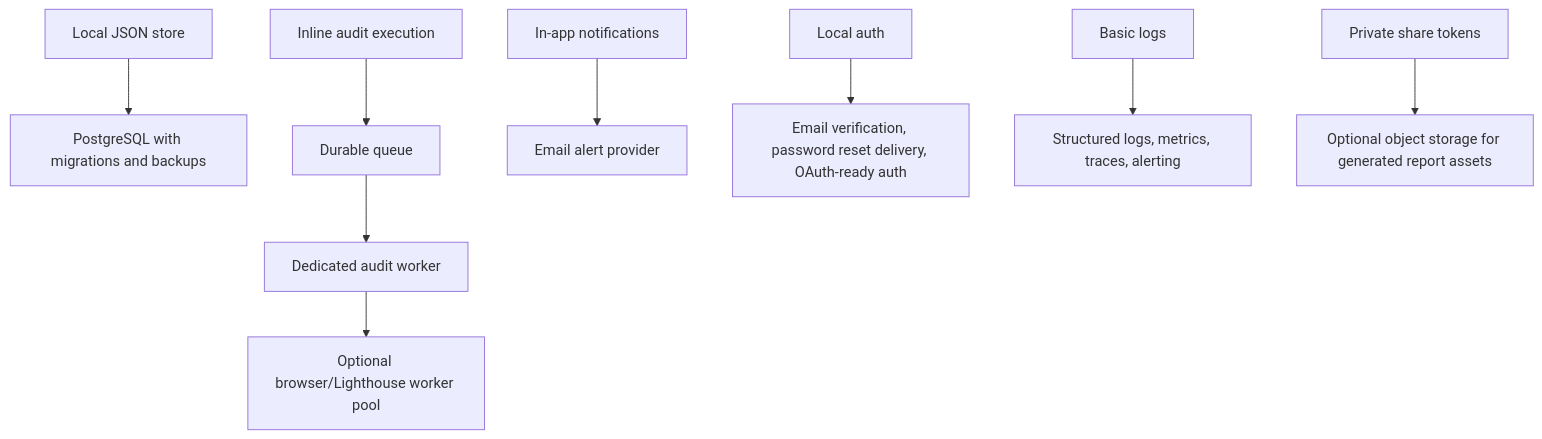
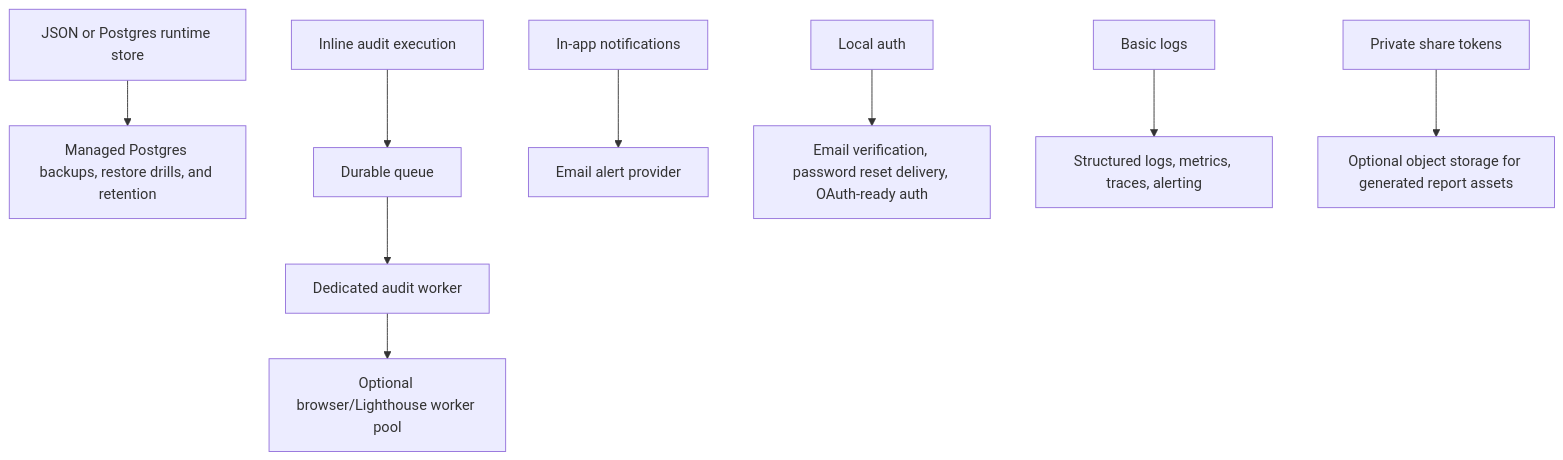
Before and after one commit to sayuru-akash/web-audit-mcp: the third of 3 diagrams in README.md, drawn with Mermaid. The commit also changed other lines of this file and 38 other files, not shown here.

Commit message:
Add Postgres runtime support and polish docs

````diff
--- a/README.md
+++ b/README.md
@@ -494,11 +523,11 @@
 ```mermaid
 flowchart TD
-  Json["Local JSON store"] --> Postgres["PostgreSQL with migrations and backups"]
+  Store["JSON or Postgres runtime store"] --> HardenedDb["Managed Postgres backups, restore drills, and retention"]
   Inline["Inline audit execution"] --> Queue["Durable queue"]
   Queue --> Worker["Dedicated audit worker"]
   Worker --> Browser["Optional browser/Lighthouse worker pool"]
   InApp["In-app notifications"] --> Email["Email alert provider"]
   LocalAuth["Local auth"] --> Auth["Email verification, password reset delivery, OAuth-ready auth"]
   Logs["Basic logs"] --> Observability["Structured logs, metrics, traces, alerting"]
   Shares["Private share tokens"] --> ReportStorage["Optional object storage for generated report assets"]
 ```
````
